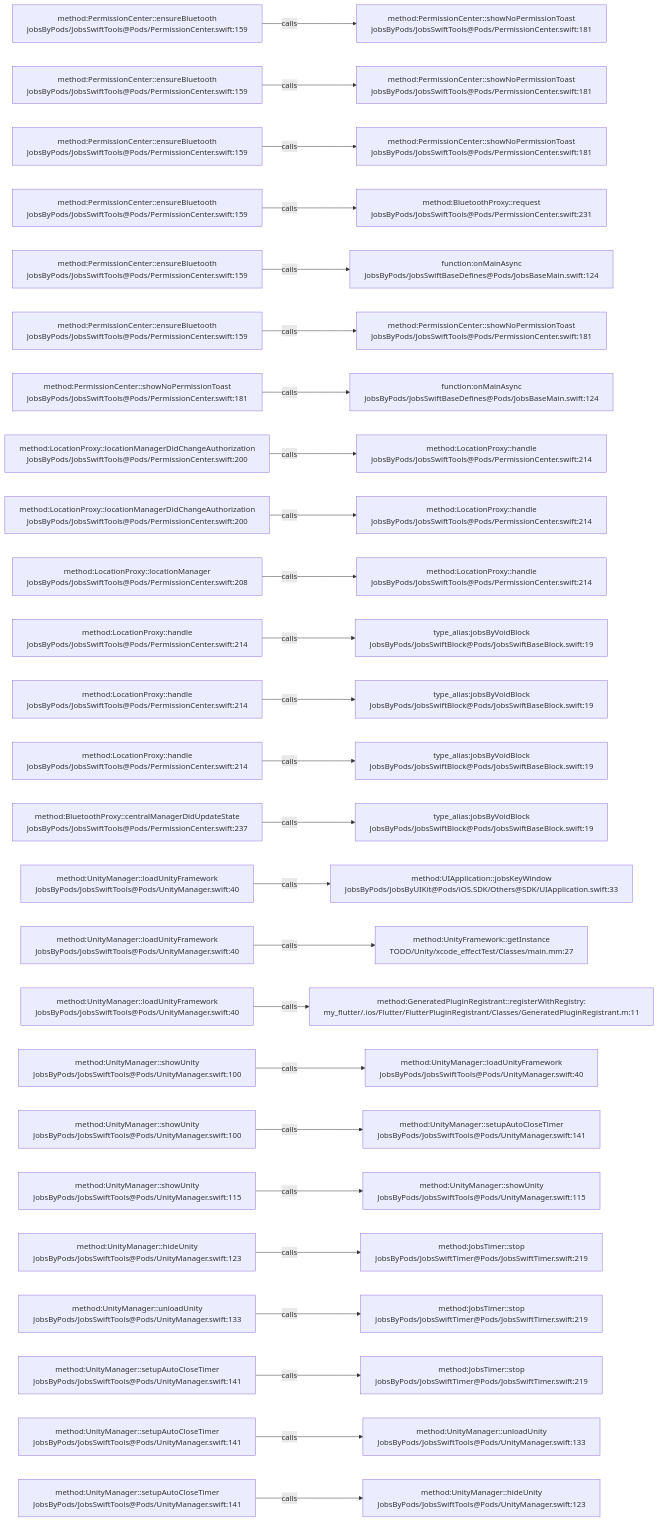
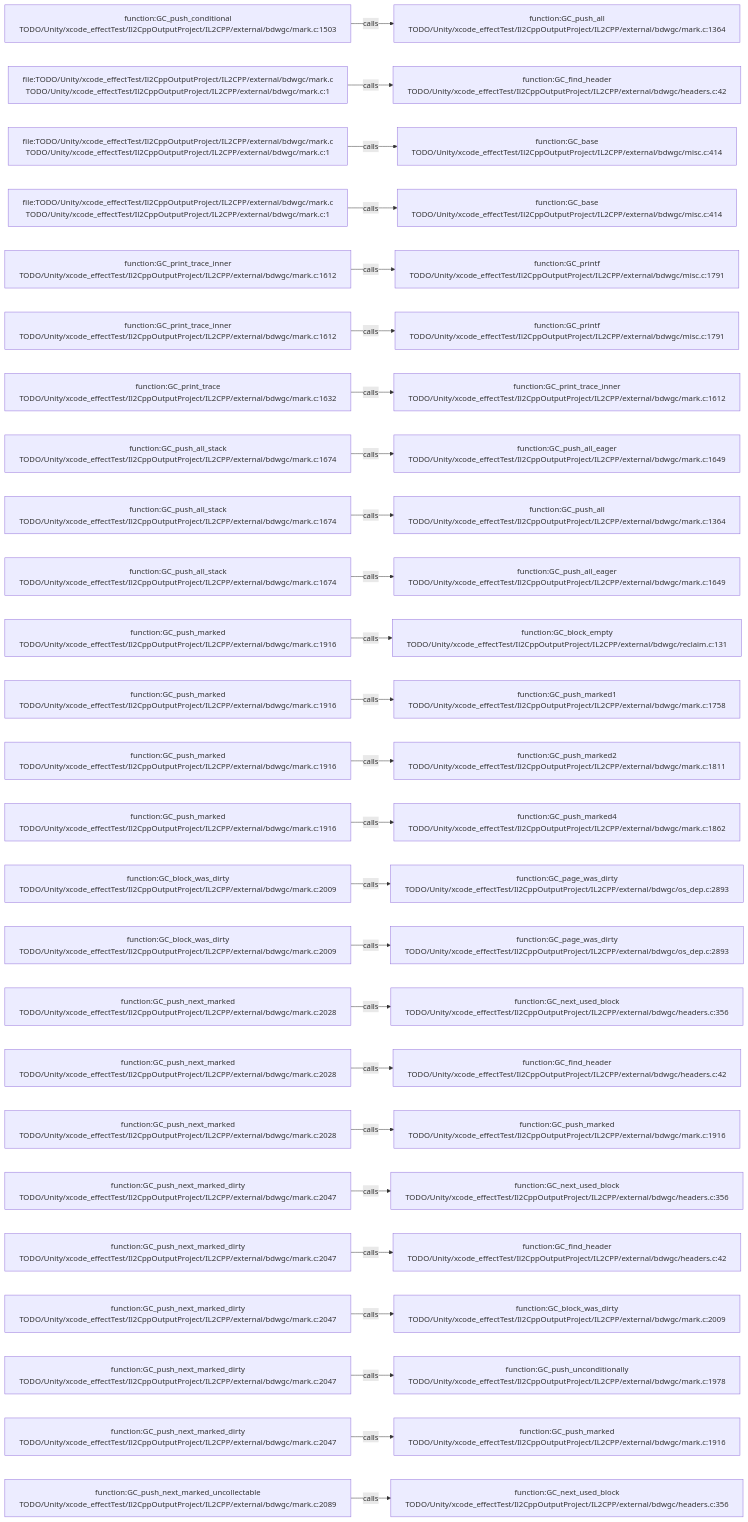
One commit to JobsKits/JobsSwiftBaseConfigDemo changed the diagram in .codegraph/codegraph.md/graphs/calls-200.md. Above: the diagram before and after it, drawn with Mermaid. The commit also changed 569 other files, not shown here.

````diff
--- a/.codegraph/codegraph.md/graphs/calls-200.md
+++ b/.codegraph/codegraph.md/graphs/calls-200.md
@@ -13,78 +13,78 @@
 ```mermaid
 flowchart LR
-  S1["method:PermissionCenter::ensureBluetooth<br/>JobsByPods/JobsSwiftTools@Pods/PermissionCenter.swift:159"]
-  T1["method:PermissionCenter::showNoPermissionToast<br/>JobsByPods/JobsSwiftTools@Pods/PermissionCenter.swift:181"]
+  S1["function:GC_push_conditional<br/>TODO/Unity/xcode_effectTest/Il2CppOutputProject/IL2CPP/external/bdwgc/mark.c:1503"]
+  T1["function:GC_push_all<br/>TODO/Unity/xcode_effectTest/Il2CppOutputProject/IL2CPP/external/bdwgc/mark.c:1364"]
   S1 -->|calls| T1
-  S2["method:PermissionCenter::ensureBluetooth<br/>JobsByPods/JobsSwiftTools@Pods/PermissionCenter.swift:159"]
-  T2["method:PermissionCenter::showNoPermissionToast<br/>JobsByPods/JobsSwiftTools@Pods/PermissionCenter.swift:181"]
+  S2["file:TODO/Unity/xcode_effectTest/Il2CppOutputProject/IL2CPP/external/bdwgc/mark.c<br/>TODO/Unity/xcode_effectTest/Il2CppOutputProject/IL2CPP/external/bdwgc/mark.c:1"]
+  T2["function:GC_find_header<br/>TODO/Unity/xcode_effectTest/Il2CppOutputProject/IL2CPP/external/bdwgc/headers.c:42"]
   S2 -->|calls| T2
-  S3["method:PermissionCenter::ensureBluetooth<br/>JobsByPods/JobsSwiftTools@Pods/PermissionCenter.swift:159"]
-  T3["method:PermissionCenter::showNoPermissionToast<br/>JobsByPods/JobsSwiftTools@Pods/PermissionCenter.swift:181"]
+  S3["file:TODO/Unity/xcode_effectTest/Il2CppOutputProject/IL2CPP/external/bdwgc/mark.c<br/>TODO/Unity/xcode_effectTest/Il2CppOutputProject/IL2CPP/external/bdwgc/mark.c:1"]
+  T3["function:GC_base<br/>TODO/Unity/xcode_effectTest/Il2CppOutputProject/IL2CPP/external/bdwgc/misc.c:414"]
   S3 -->|calls| T3
-  S4["method:PermissionCenter::ensureBluetooth<br/>JobsByPods/JobsSwiftTools@Pods/PermissionCenter.swift:159"]
-  T4["method:BluetoothProxy::request<br/>JobsByPods/JobsSwiftTools@Pods/PermissionCenter.swift:231"]
+  S4["file:TODO/Unity/xcode_effectTest/Il2CppOutputProject/IL2CPP/external/bdwgc/mark.c<br/>TODO/Unity/xcode_effectTest/Il2CppOutputProject/IL2CPP/external/bdwgc/mark.c:1"]
+  T4["function:GC_base<br/>TODO/Unity/xcode_effectTest/Il2CppOutputProject/IL2CPP/external/bdwgc/misc.c:414"]
   S4 -->|calls| T4
-  S5["method:PermissionCenter::ensureBluetooth<br/>JobsByPods/JobsSwiftTools@Pods/PermissionCenter.swift:159"]
-  T5["function:onMainAsync<br/>JobsByPods/JobsSwiftBaseDefines@Pods/JobsBaseMain.swift:124"]
+  S5["function:GC_print_trace_inner<br/>TODO/Unity/xcode_effectTest/Il2CppOutputProject/IL2CPP/external/bdwgc/mark.c:1612"]
+  T5["function:GC_printf<br/>TODO/Unity/xcode_effectTest/Il2CppOutputProject/IL2CPP/external/bdwgc/misc.c:1791"]
   S5 -->|calls| T5
-  S6["method:PermissionCenter::ensureBluetooth<br/>JobsByPods/JobsSwiftTools@Pods/PermissionCenter.swift:159"]
-  T6["method:PermissionCenter::showNoPermissionToast<br/>JobsByPods/JobsSwiftTools@Pods/PermissionCenter.swift:181"]
+  S6["function:GC_print_trace_inner<br/>TODO/Unity/xcode_effectTest/Il2CppOutputProject/IL2CPP/external/bdwgc/mark.c:1612"]
+  T6["function:GC_printf<br/>TODO/Unity/xcode_effectTest/Il2CppOutputProject/IL2CPP/external/bdwgc/misc.c:1791"]
   S6 -->|calls| T6
-  S7["method:PermissionCenter::showNoPermissionToast<br/>JobsByPods/JobsSwiftTools@Pods/PermissionCenter.swift:181"]
-  T7["function:onMainAsync<br/>JobsByPods/JobsSwiftBaseDefines@Pods/JobsBaseMain.swift:124"]
+  S7["function:GC_print_trace<br/>TODO/Unity/xcode_effectTest/Il2CppOutputProject/IL2CPP/external/bdwgc/mark.c:1632"]
+  T7["function:GC_print_trace_inner<br/>TODO/Unity/xcode_effectTest/Il2CppOutputProject/IL2CPP/external/bdwgc/mark.c:1612"]
   S7 -->|calls| T7
-  S8["method:LocationProxy::locationManagerDidChangeAuthorization<br/>JobsByPods/JobsSwiftTools@Pods/PermissionCenter.swift:200"]
-  T8["method:LocationProxy::handle<br/>JobsByPods/JobsSwiftTools@Pods/PermissionCenter.swift:214"]
+  S8["function:GC_push_all_stack<br/>TODO/Unity/xcode_effectTest/Il2CppOutputProject/IL2CPP/external/bdwgc/mark.c:1674"]
+  T8["function:GC_push_all_eager<br/>TODO/Unity/xcode_effectTest/Il2CppOutputProject/IL2CPP/external/bdwgc/mark.c:1649"]
   S8 -->|calls| T8
-  S9["method:LocationProxy::locationManagerDidChangeAuthorization<br/>JobsByPods/JobsSwiftTools@Pods/PermissionCenter.swift:200"]
-  T9["method:LocationProxy::handle<br/>JobsByPods/JobsSwiftTools@Pods/PermissionCenter.swift:214"]
+  S9["function:GC_push_all_stack<br/>TODO/Unity/xcode_effectTest/Il2CppOutputProject/IL2CPP/external/bdwgc/mark.c:1674"]
+  T9["function:GC_push_all<br/>TODO/Unity/xcode_effectTest/Il2CppOutputProject/IL2CPP/external/bdwgc/mark.c:1364"]
   S9 -->|calls| T9
-  S10["method:LocationProxy::locationManager<br/>JobsByPods/JobsSwiftTools@Pods/PermissionCenter.swift:208"]
-  T10["method:LocationProxy::handle<br/>JobsByPods/JobsSwiftTools@Pods/PermissionCenter.swift:214"]
+  S10["function:GC_push_all_stack<br/>TODO/Unity/xcode_effectTest/Il2CppOutputProject/IL2CPP/external/bdwgc/mark.c:1674"]
+  T10["function:GC_push_all_eager<br/>TODO/Unity/xcode_effectTest/Il2CppOutputProject/IL2CPP/external/bdwgc/mark.c:1649"]
   S10 -->|calls| T10
-  S11["method:LocationProxy::handle<br/>JobsByPods/JobsSwiftTools@Pods/PermissionCenter.swift:214"]
-  T11["type_alias:jobsByVoidBlock<br/>JobsByPods/JobsSwiftBlock@Pods/JobsSwiftBaseBlock.swift:19"]
+  S11["function:GC_push_marked<br/>TODO/Unity/xcode_effectTest/Il2CppOutputProject/IL2CPP/external/bdwgc/mark.c:1916"]
+  T11["function:GC_block_empty<br/>TODO/Unity/xcode_effectTest/Il2CppOutputProject/IL2CPP/external/bdwgc/reclaim.c:131"]
   S11 -->|calls| T11
-  S12["method:LocationProxy::handle<br/>JobsByPods/JobsSwiftTools@Pods/PermissionCenter.swift:214"]
-  T12["type_alias:jobsByVoidBlock<br/>JobsByPods/JobsSwiftBlock@Pods/JobsSwiftBaseBlock.swift:19"]
+  S12["function:GC_push_marked<br/>TODO/Unity/xcode_effectTest/Il2CppOutputProject/IL2CPP/external/bdwgc/mark.c:1916"]
+  T12["function:GC_push_marked1<br/>TODO/Unity/xcode_effectTest/Il2CppOutputProject/IL2CPP/external/bdwgc/mark.c:1758"]
   S12 -->|calls| T12
-  S13["method:LocationProxy::handle<br/>JobsByPods/JobsSwiftTools@Pods/PermissionCenter.swift:214"]
-  T13["type_alias:jobsByVoidBlock<br/>JobsByPods/JobsSwiftBlock@Pods/JobsSwiftBaseBlock.swift:19"]
+  S13["function:GC_push_marked<br/>TODO/Unity/xcode_effectTest/Il2CppOutputProject/IL2CPP/external/bdwgc/mark.c:1916"]
+  T13["function:GC_push_marked2<br/>TODO/Unity/xcode_effectTest/Il2CppOutputProject/IL2CPP/external/bdwgc/mark.c:1811"]
   S13 -->|calls| T13
-  S14["method:BluetoothProxy::centralManagerDidUpdateState<br/>JobsByPods/JobsSwiftTools@Pods/PermissionCenter.swift:237"]
-  T14["type_alias:jobsByVoidBlock<br/>JobsByPods/JobsSwiftBlock@Pods/JobsSwiftBaseBlock.swift:19"]
+  S14["function:GC_push_marked<br/>TODO/Unity/xcode_effectTest/Il2CppOutputProject/IL2CPP/external/bdwgc/mark.c:1916"]
+  T14["function:GC_push_marked4<br/>TODO/Unity/xcode_effectTest/Il2CppOutputProject/IL2CPP/external/bdwgc/mark.c:1862"]
   S14 -->|calls| T14
-  S15["method:UnityManager::loadUnityFramework<br/>JobsByPods/JobsSwiftTools@Pods/UnityManager.swift:40"]
-  T15["method:UIApplication::jobsKeyWindow<br/>JobsByPods/JobsByUIKit@Pods/iOS.SDK/Others@SDK/UIApplication.swift:33"]
+  S15["function:GC_block_was_dirty<br/>TODO/Unity/xcode_effectTest/Il2CppOutputProject/IL2CPP/external/bdwgc/mark.c:2009"]
+  T15["function:GC_page_was_dirty<br/>TODO/Unity/xcode_effectTest/Il2CppOutputProject/IL2CPP/external/bdwgc/os_dep.c:2893"]
   S15 -->|calls| T15
-  S16["method:UnityManager::loadUnityFramework<br/>JobsByPods/JobsSwiftTools@Pods/UnityManager.swift:40"]
-  T16["method:UnityFramework::getInstance<br/>TODO/Unity/xcode_effectTest/Classes/main.mm:27"]
+  S16["function:GC_block_was_dirty<br/>TODO/Unity/xcode_effectTest/Il2CppOutputProject/IL2CPP/external/bdwgc/mark.c:2009"]
+  T16["function:GC_page_was_dirty<br/>TODO/Unity/xcode_effectTest/Il2CppOutputProject/IL2CPP/external/bdwgc/os_dep.c:2893"]
   S16 -->|calls| T16
-  S17["method:UnityManager::loadUnityFramework<br/>JobsByPods/JobsSwiftTools@Pods/UnityManager.swift:40"]
-  T17["method:GeneratedPluginRegistrant::registerWithRegistry:<br/>my_flutter/.ios/Flutter/FlutterPluginRegistrant/Classes/GeneratedPluginRegistrant.m:11"]
+  S17["function:GC_push_next_marked<br/>TODO/Unity/xcode_effectTest/Il2CppOutputProject/IL2CPP/external/bdwgc/mark.c:2028"]
+  T17["function:GC_next_used_block<br/>TODO/Unity/xcode_effectTest/Il2CppOutputProject/IL2CPP/external/bdwgc/headers.c:356"]
   S17 -->|calls| T17
-  S18["method:UnityManager::showUnity<br/>JobsByPods/JobsSwiftTools@Pods/UnityManager.swift:100"]
-  T18["method:UnityManager::loadUnityFramework<br/>JobsByPods/JobsSwiftTools@Pods/UnityManager.swift:40"]
+  S18["function:GC_push_next_marked<br/>TODO/Unity/xcode_effectTest/Il2CppOutputProject/IL2CPP/external/bdwgc/mark.c:2028"]
+  T18["function:GC_find_header<br/>TODO/Unity/xcode_effectTest/Il2CppOutputProject/IL2CPP/external/bdwgc/headers.c:42"]
   S18 -->|calls| T18
-  S19["method:UnityManager::showUnity<br/>JobsByPods/JobsSwiftTools@Pods/UnityManager.swift:100"]
-  T19["method:UnityManager::setupAutoCloseTimer<br/>JobsByPods/JobsSwiftTools@Pods/UnityManager.swift:141"]
+  S19["function:GC_push_next_marked<br/>TODO/Unity/xcode_effectTest/Il2CppOutputProject/IL2CPP/external/bdwgc/mark.c:2028"]
+  T19["function:GC_push_marked<br/>TODO/Unity/xcode_effectTest/Il2CppOutputProject/IL2CPP/external/bdwgc/mark.c:1916"]
   S19 -->|calls| T19
-  S20["method:UnityManager::showUnity<br/>JobsByPods/JobsSwiftTools@Pods/UnityManager.swift:115"]
-  T20["method:UnityManager::showUnity<br/>JobsByPods/JobsSwiftTools@Pods/UnityManager.swift:115"]
+  S20["function:GC_push_next_marked_dirty<br/>TODO/Unity/xcode_effectTest/Il2CppOutputProject/IL2CPP/external/bdwgc/mark.c:2047"]
+  T20["function:GC_next_used_block<br/>TODO/Unity/xcode_effectTest/Il2CppOutputProject/IL2CPP/external/bdwgc/headers.c:356"]
   S20 -->|calls| T20
-  S21["method:UnityManager::hideUnity<br/>JobsByPods/JobsSwiftTools@Pods/UnityManager.swift:123"]
-  T21["method:JobsTimer::stop<br/>JobsByPods/JobsSwiftTimer@Pods/JobsSwiftTimer.swift:219"]
+  S21["function:GC_push_next_marked_dirty<br/>TODO/Unity/xcode_effectTest/Il2CppOutputProject/IL2CPP/external/bdwgc/mark.c:2047"]
+  T21["function:GC_find_header<br/>TODO/Unity/xcode_effectTest/Il2CppOutputProject/IL2CPP/external/bdwgc/headers.c:42"]
   S21 -->|calls| T21
-  S22["method:UnityManager::unloadUnity<br/>JobsByPods/JobsSwiftTools@Pods/UnityManager.swift:133"]
-  T22["method:JobsTimer::stop<br/>JobsByPods/JobsSwiftTimer@Pods/JobsSwiftTimer.swift:219"]
+  S22["function:GC_push_next_marked_dirty<br/>TODO/Unity/xcode_effectTest/Il2CppOutputProject/IL2CPP/external/bdwgc/mark.c:2047"]
+  T22["function:GC_block_was_dirty<br/>TODO/Unity/xcode_effectTest/Il2CppOutputProject/IL2CPP/external/bdwgc/mark.c:2009"]
   S22 -->|calls| T22
-  S23["method:UnityManager::setupAutoCloseTimer<br/>JobsByPods/JobsSwiftTools@Pods/UnityManager.swift:141"]
-  T23["method:JobsTimer::stop<br/>JobsByPods/JobsSwiftTimer@Pods/JobsSwiftTimer.swift:219"]
+  S23["function:GC_push_next_marked_dirty<br/>TODO/Unity/xcode_effectTest/Il2CppOutputProject/IL2CPP/external/bdwgc/mark.c:2047"]
+  T23["function:GC_push_unconditionally<br/>TODO/Unity/xcode_effectTest/Il2CppOutputProject/IL2CPP/external/bdwgc/mark.c:1978"]
   S23 -->|calls| T23
-  S24["method:UnityManager::setupAutoCloseTimer<br/>JobsByPods/JobsSwiftTools@Pods/UnityManager.swift:141"]
-  T24["method:UnityManager::unloadUnity<br/>JobsByPods/JobsSwiftTools@Pods/UnityManager.swift:133"]
+  S24["function:GC_push_next_marked_dirty<br/>TODO/Unity/xcode_effectTest/Il2CppOutputProject/IL2CPP/external/bdwgc/mark.c:2047"]
+  T24["function:GC_push_marked<br/>TODO/Unity/xcode_effectTest/Il2CppOutputProject/IL2CPP/external/bdwgc/mark.c:1916"]
   S24 -->|calls| T24
-  S25["method:UnityManager::setupAutoCloseTimer<br/>JobsByPods/JobsSwiftTools@Pods/UnityManager.swift:141"]
-  T25["method:UnityManager::hideUnity<br/>JobsByPods/JobsSwiftTools@Pods/UnityManager.swift:123"]
+  S25["function:GC_push_next_marked_uncollectable<br/>TODO/Unity/xcode_effectTest/Il2CppOutputProject/IL2CPP/external/bdwgc/mark.c:2089"]
+  T25["function:GC_next_used_block<br/>TODO/Unity/xcode_effectTest/Il2CppOutputProject/IL2CPP/external/bdwgc/headers.c:356"]
   S25 -->|calls| T25
 ```
````
